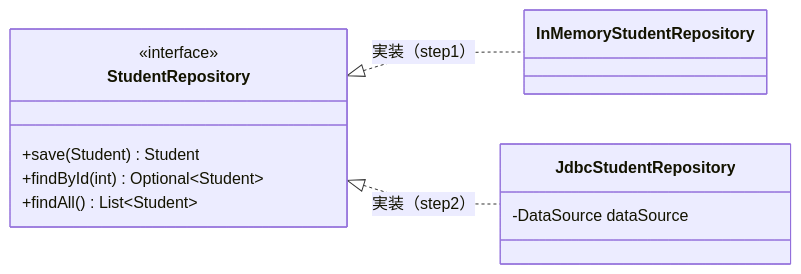
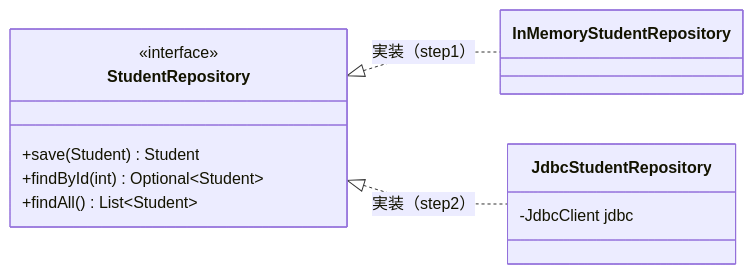
Before and after one commit to YTS0418/PRMN_SYSTEM_Lecture: the second of 3 diagrams in データベース/12_JavaからDBを使う_JDBC.md, drawn with Mermaid. The commit also changed other lines of this file and 6 other files, not shown here.

First line of the commit message:
JDBC の章を JdbcClient 中心に書き直し、素の JDBC は補足に移動

````diff
--- a/データベース/12_JavaからDBを使う_JDBC.md
+++ b/データベース/12_JavaからDBを使う_JDBC.md
@@ -205,16 +207,16 @@
 ```mermaid
 classDiagram
     direction LR
     class StudentRepository {
         <<interface>>
         +save(Student) Student
         +findById(int) Optional~Student~
         +findAll() List~Student~
     }
     class InMemoryStudentRepository
     class JdbcStudentRepository {
-        -DataSource dataSource
+        -JdbcClient jdbc
     }
     StudentRepository <|.. InMemoryStudentRepository : 実装（step1）
     StudentRepository <|.. JdbcStudentRepository : 実装（step2）
 ```
````
